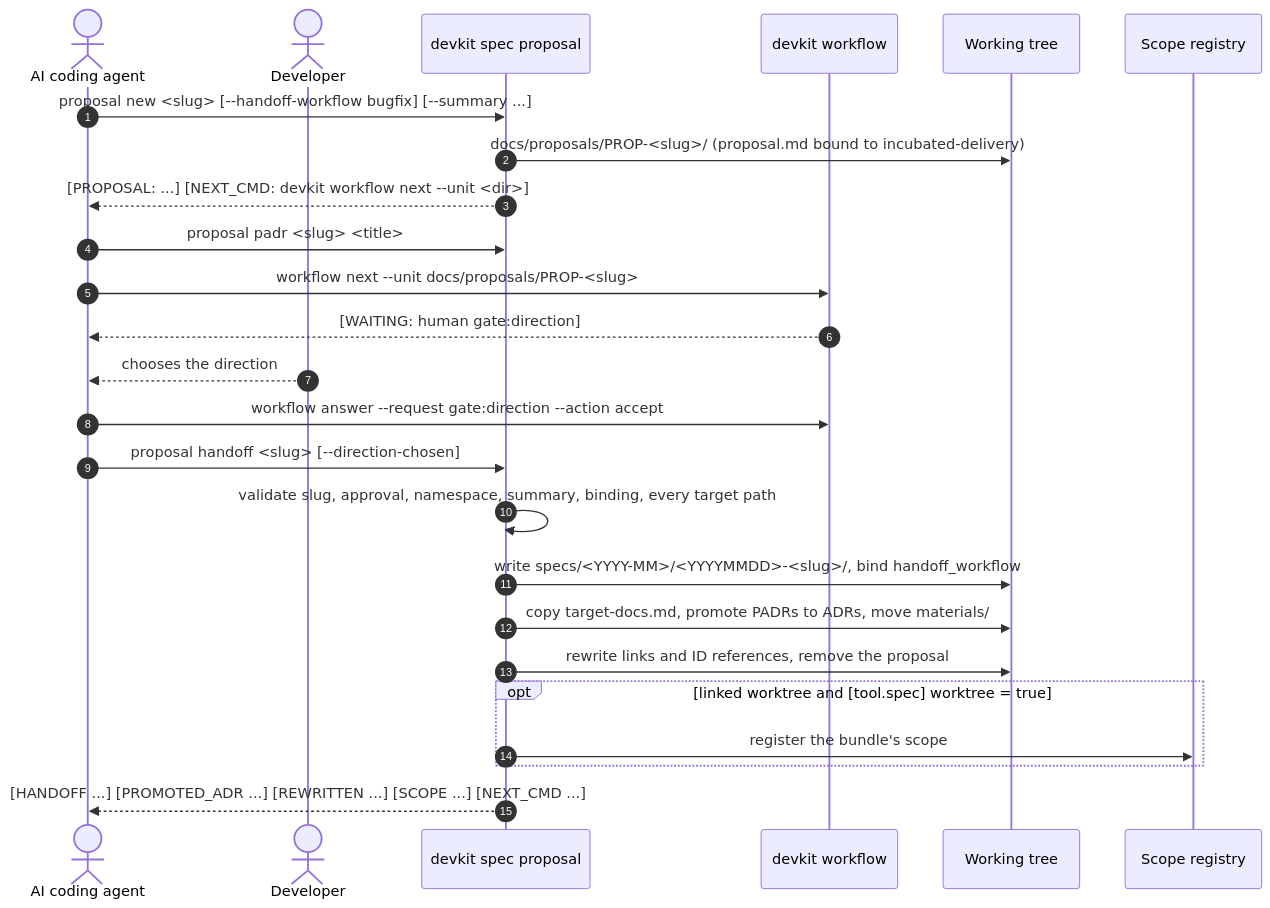
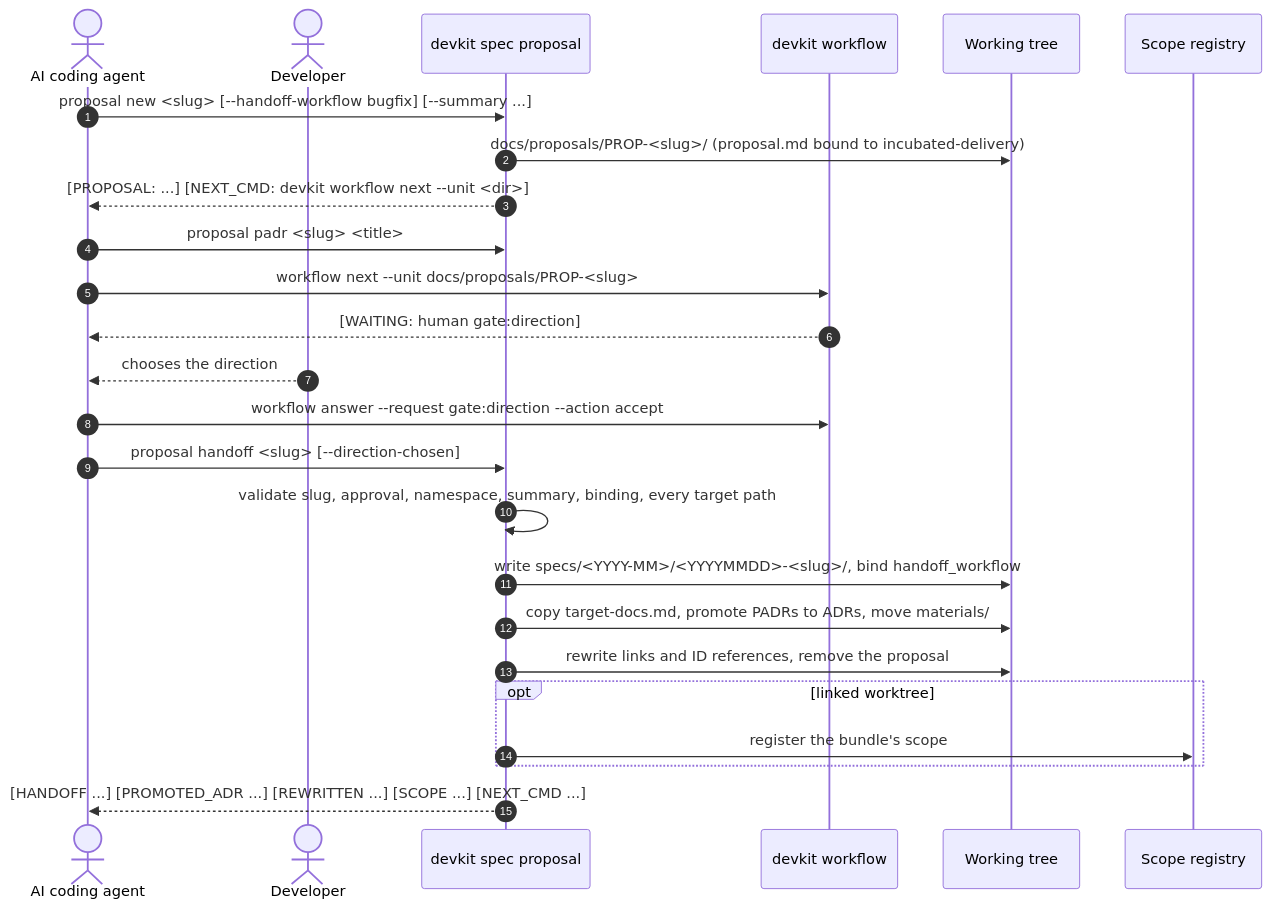
The second of 4 diagrams in docs/architecture/ARCH-06-runtime-view.md (mjkimR/devkit-spec), drawn with Mermaid before and after one commit. The commit also changed other lines of this file and 41 other files, not shown here.

````diff
--- a/docs/architecture/ARCH-06-runtime-view.md
+++ b/docs/architecture/ARCH-06-runtime-view.md
@@ -68,28 +68,28 @@
 ```mermaid
 sequenceDiagram
     autonumber
     actor Agent as AI coding agent
     actor User as Developer
     participant Spec as devkit spec proposal
     participant WF as devkit workflow
     participant FS as Working tree
     participant Reg as Scope registry
 
     Agent->>Spec: proposal new <slug> [--handoff-workflow bugfix] [--summary ...]
     Spec->>FS: docs/proposals/PROP-<slug>/ (proposal.md bound to incubated-delivery)
     Spec-->>Agent: [PROPOSAL: ...] [NEXT_CMD: devkit workflow next --unit <dir>]
     Agent->>Spec: proposal padr <slug> <title>
     Agent->>WF: workflow next --unit docs/proposals/PROP-<slug>
     WF-->>Agent: [WAITING: human gate:direction]
     User-->>Agent: chooses the direction
     Agent->>WF: workflow answer --request gate:direction --action accept
     Agent->>Spec: proposal handoff <slug> [--direction-chosen]
     Spec->>Spec: validate slug, approval, namespace, summary, binding, every target path
     Spec->>FS: write specs/<YYYY-MM>/<YYYYMMDD>-<slug>/, bind handoff_workflow
     Spec->>FS: copy target-docs.md, promote PADRs to ADRs, move materials/
     Spec->>FS: rewrite links and ID references, remove the proposal
-    opt linked worktree and [tool.spec] worktree = true
+    opt linked worktree
         Spec->>Reg: register the bundle's scope
     end
     Spec-->>Agent: [HANDOFF ...] [PROMOTED_ADR ...] [REWRITTEN ...] [SCOPE ...] [NEXT_CMD ...]
 ```
````
